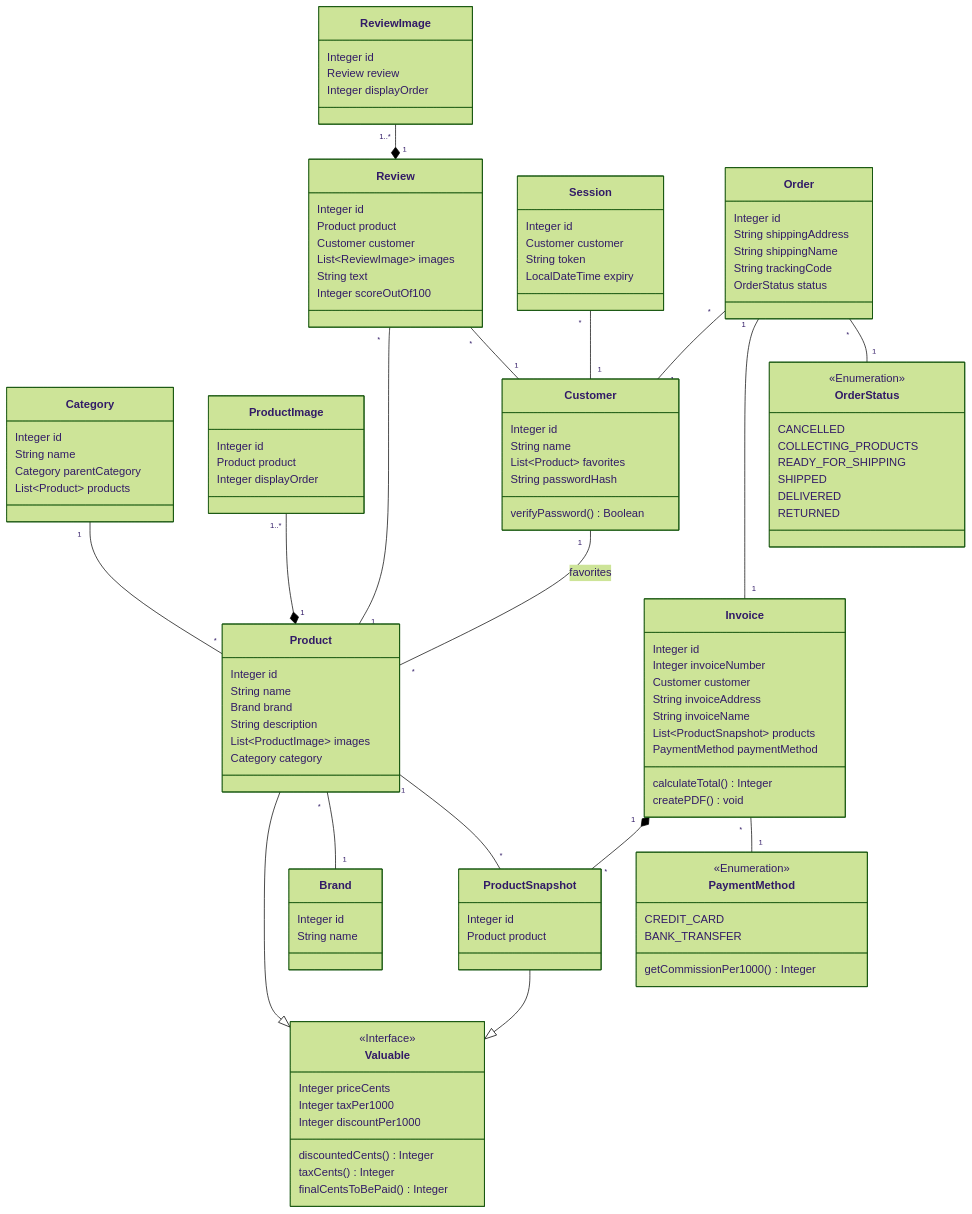
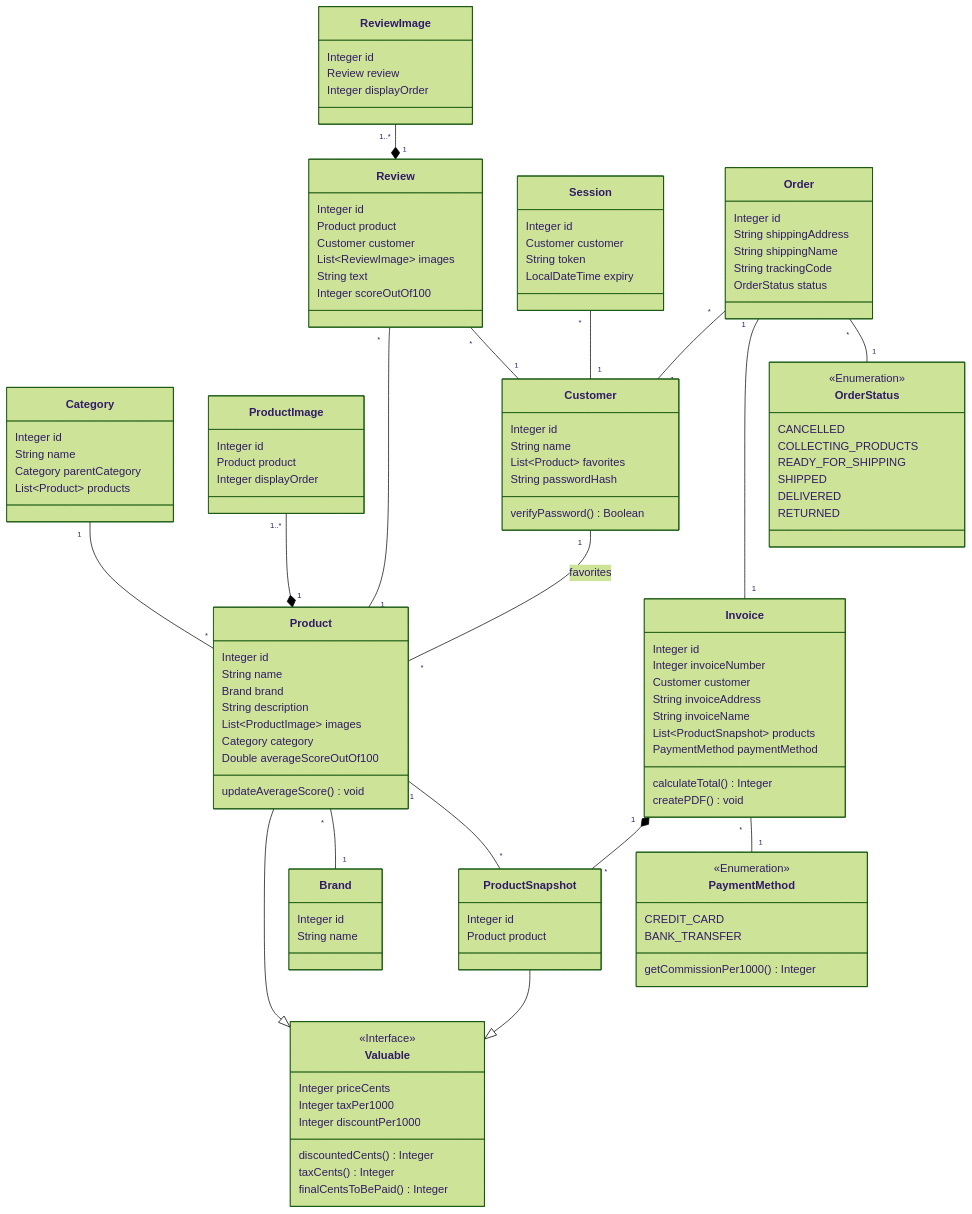
One commit to MCBUKimono/docs changed the diagram in class diagram.mermaid. Above: the diagram before and after it, drawn with Mermaid (forest theme). The commit also changed 1 other file, not shown here.

Commit message:
Denormalize average score for products

```diff
--- a/class diagram.mermaid
+++ b/class diagram.mermaid
@@ -1,125 +1,127 @@
 classDiagram
     Category "1" -- "*" Product
     class Category {
         Integer id
         String name
         Category parentCategory
         List~Product~ products
     }
 
     class Brand {
         Integer id
         String name
     }
 
     Product --|> Valuable
     ProductSnapshot --|> Valuable
     class Valuable {
         <<Interface>>
         Integer priceCents
         Integer taxPer1000
         Integer discountPer1000
         discountedCents() Integer
         taxCents() Integer
         finalCentsToBePaid() Integer
     }
 
     Product "*" -- "1" Brand
     class Product {
         Integer id
         String name
         Brand brand
         String description
         List~ProductImage~ images
         Category category
+        Double averageScoreOutOf100
+        updateAverageScore() void
     }
 
     ProductImage "1..*" --* "1" Product
     class ProductImage {
         Integer id
         Product product
         Integer displayOrder
     }
 
     ReviewImage "1..*" --* "1" Review
     class ReviewImage {
         Integer id
         Review review
         Integer displayOrder
     }
 
     Review "*" -- "1" Product
     Review "*" -- "1" Customer
     class Review {
         Integer id
         Product product
         Customer customer
         List~ReviewImage~ images
         String text
         Integer scoreOutOf100
     }
 
     Customer "1" -- "*" Product: favorites
     class Customer {
         Integer id
         String name
         List~Product~ favorites
         String passwordHash
         verifyPassword() Boolean
     }
 
     Session "*" -- "1" Customer
     class Session {
         Integer id
         Customer customer
         String token
         LocalDateTime expiry
     }
 
     Product "1" -- "*" ProductSnapshot
     class ProductSnapshot {
         Integer id
         Product product
     }
 
     Order "*" -- "1" Customer
     Order "1" -- "1" Invoice
     Order "*" -- "1" OrderStatus
     class Order {
         Integer id
         String shippingAddress
         String shippingName
         String trackingCode
         OrderStatus status
     }
 
     Invoice "1" *-- "*" ProductSnapshot
     Invoice "*" -- "1" PaymentMethod
     class Invoice {
         Integer id
         Integer invoiceNumber
         Customer customer
         String invoiceAddress
         String invoiceName
         List~ProductSnapshot~ products
         PaymentMethod paymentMethod
         calculateTotal() Integer
         createPDF() void
     }
 
     class OrderStatus {
         <<Enumeration>>
         CANCELLED
         COLLECTING_PRODUCTS
         READY_FOR_SHIPPING
         SHIPPED
         DELIVERED
         RETURNED
     }
 
     class PaymentMethod {
         <<Enumeration>>
         CREDIT_CARD
         BANK_TRANSFER
         getCommissionPer1000() Integer
     }
```
